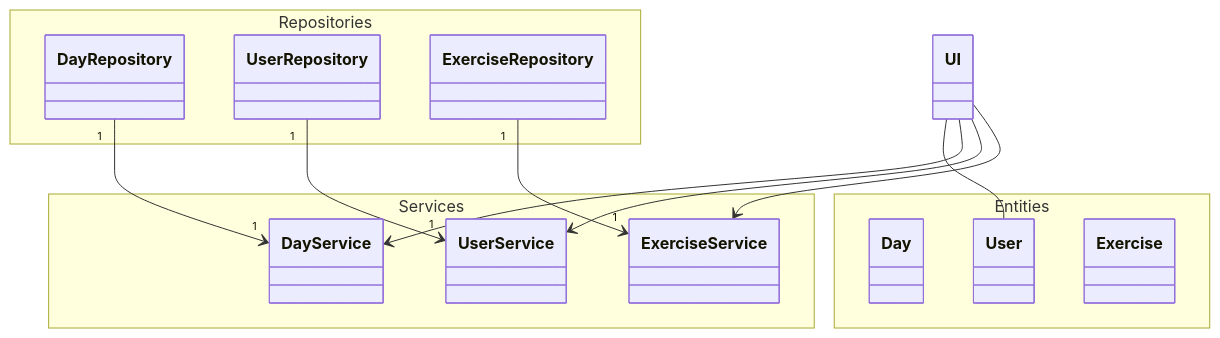
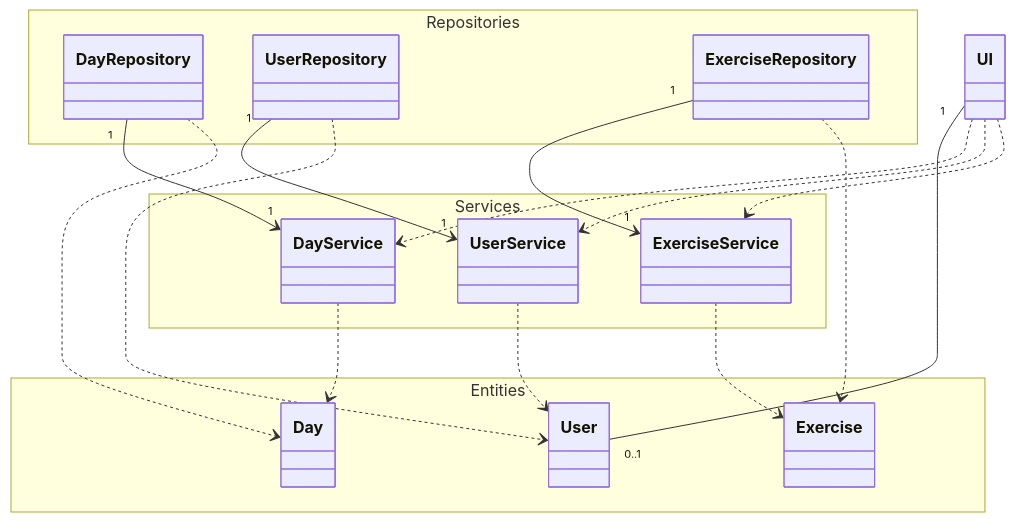
Before and after one commit to MildMunshin/ot-harjoitustyo: the second of 2 diagrams in dokumentaatio/arkkitehtuuri.md, drawn with Mermaid.

````diff
--- a/dokumentaatio/arkkitehtuuri.md
+++ b/dokumentaatio/arkkitehtuuri.md
@@ -24,27 +24,34 @@
 ```mermaid
 classDiagram
     namespace Services {
         class DayService
         class UserService
         class ExerciseService
     }
     namespace Repositories {
         class DayRepository
         class UserRepository
         class ExerciseRepository
     }
     namespace Entities {
         class Day
         class User
         class Exercise
     }
 
     class UI
-    UI -- User
-UI --> DayService
-UI --> UserService
-UI --> ExerciseService
+    UI "1" -- "0..1" User
+UI ..> DayService
+UI ..> UserService
+UI ..> ExerciseService
 DayRepository "1" --> "1" DayService
 UserRepository "1" --> "1" UserService
 ExerciseRepository "1" --> "1" ExerciseService
+DayService ..> Day
+UserService ..> User
+ExerciseService ..> Exercise
+DayRepository ..> Day
+UserRepository ..> User
+ExerciseRepository ..> Exercise
+
 ```
````
